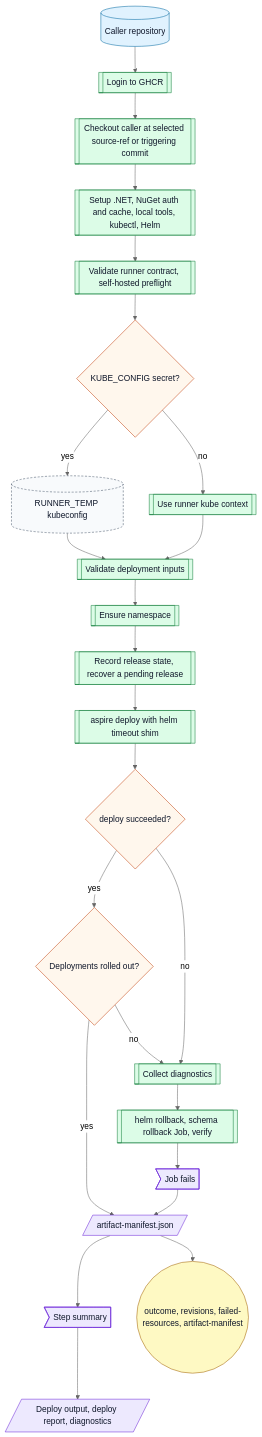
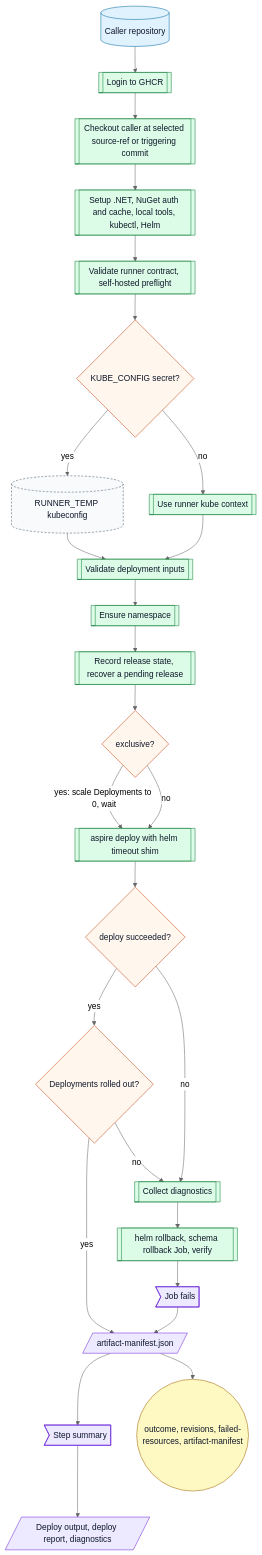
Before and after one commit to ArkanisCorporation/ci: diagram 20 of 22 in docs/workflow-catalog.md, drawn with Mermaid (neutral theme). The commit also changed other lines of this file and 15 other files, not shown here.

First line of the commit message:
feat(deploy): add an exclusive deploy mode for breaking migrations

````diff
--- a/docs/workflow-catalog.md
+++ b/docs/workflow-catalog.md
@@ -2356,38 +2363,40 @@
 ```mermaid
 flowchart TD
   caller[("Caller repository")] --> login[[Login to GHCR]]
   login --> checkout[[Checkout caller at selected source-ref or triggering commit]]
   checkout --> tools[[Setup .NET, NuGet auth and cache, local tools, kubectl, Helm]]
   tools --> validate[[Validate runner contract, self-hosted preflight]]
   validate --> kube{KUBE_CONFIG secret?}
   kube -->|yes| tempKube[("RUNNER_TEMP kubeconfig")]
   kube -->|no| context[[Use runner kube context]]
   tempKube --> inputs[[Validate deployment inputs]]
   context --> inputs
   inputs --> namespace[[Ensure namespace]]
   namespace --> record[[Record release state, recover a pending release]]
-  record --> aspire[[aspire deploy with helm timeout shim]]
+  record --> exclusive{exclusive?}
+  exclusive -->|"yes: scale Deployments to 0, wait"| aspire
+  exclusive -->|no| aspire[[aspire deploy with helm timeout shim]]
   aspire --> result{deploy succeeded?}
   result -->|yes| verify{Deployments rolled out?}
   verify -->|yes| manifest[/artifact-manifest.json/]
   verify -->|no| diag
   result -->|no| diag[[Collect diagnostics]]
   diag --> rollback[[helm rollback, schema rollback Job, verify]]
   rollback --> failJob>Job fails]
   failJob --> manifest
   manifest --> summary>Step summary]
   summary --> deployArtifact[/Deploy output, deploy report, diagnostics/]
   manifest --> outputs(("outcome, revisions, failed-resources, artifact-manifest"))
   classDef repo fill:#e0f2fe,stroke:#0369a1,color:#0f172a
   classDef action fill:#dcfce7,stroke:#15803d,color:#0f172a
   classDef decision fill:#fff7ed,stroke:#c2410c,color:#0f172a
   classDef artifact fill:#ede9fe,stroke:#6d28d9,color:#0f172a
   classDef output fill:#fef9c3,stroke:#a16207,color:#0f172a
   classDef external fill:#f8fafc,stroke:#475569,stroke-dasharray: 4 3,color:#0f172a
   class caller repo
   class login,checkout,tools,validate,context,inputs,namespace,record,aspire,diag,rollback action
-  class kube,result,verify decision
+  class kube,result,verify,exclusive decision
   class manifest,summary,deployArtifact,failJob artifact
   class outputs output
   class tempKube external
 ```
````
